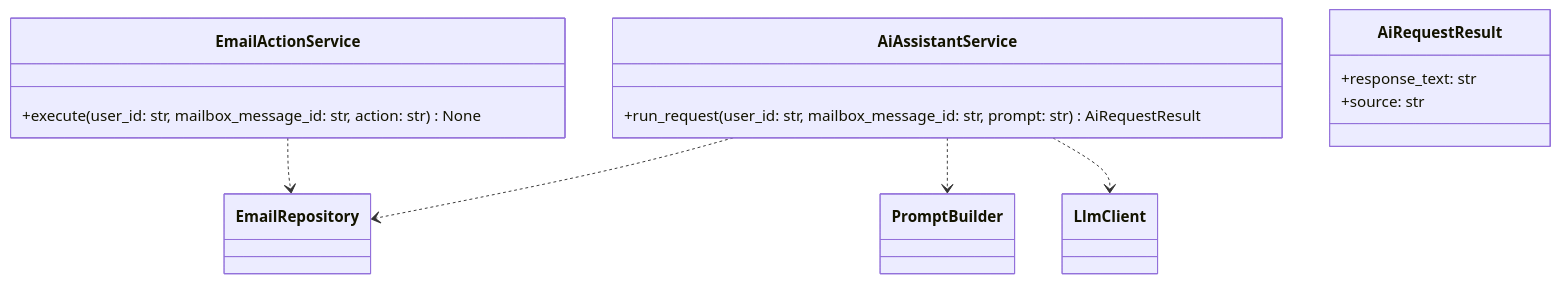
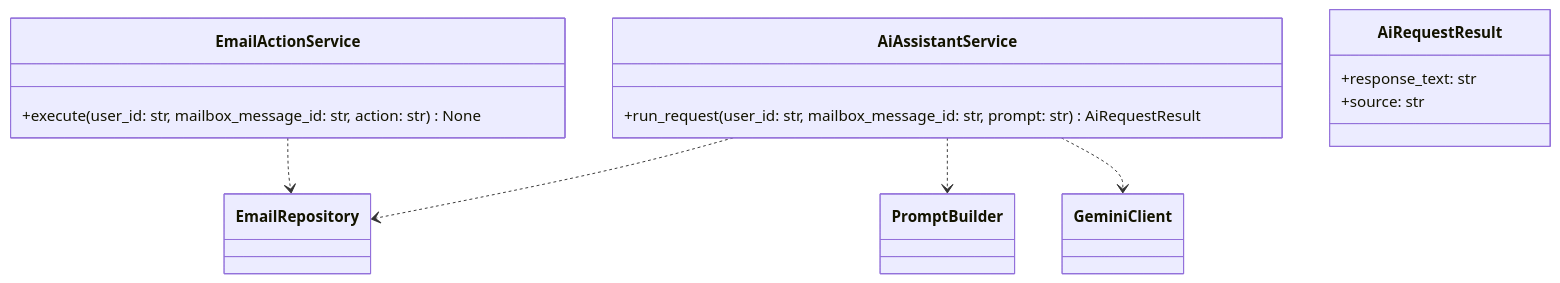
Before and after one commit to XunSong02/OutlookPlus: diagram 16 of 20 in backend/backend_specification_Modules.md, drawn with Mermaid. The commit also changed other lines of this file and 8 other files, not shown here.

````diff
--- a/backend/backend_specification_Modules.md
+++ b/backend/backend_specification_Modules.md
@@ -1200,17 +1342,17 @@
 ```mermaid
 classDiagram
 	class AiAssistantService {
 		+run_request(user_id: str, mailbox_message_id: str, prompt: str) AiRequestResult
 	}
 	class EmailActionService {
 		+execute(user_id: str, mailbox_message_id: str, action: str) None
 	}
 	class AiRequestResult {
 		+response_text: str
 		+source: str
 	}
 	AiAssistantService ..> EmailRepository
 	AiAssistantService ..> PromptBuilder
-	AiAssistantService ..> LlmClient
+	AiAssistantService ..> GeminiClient
 	EmailActionService ..> EmailRepository
 ```
````
